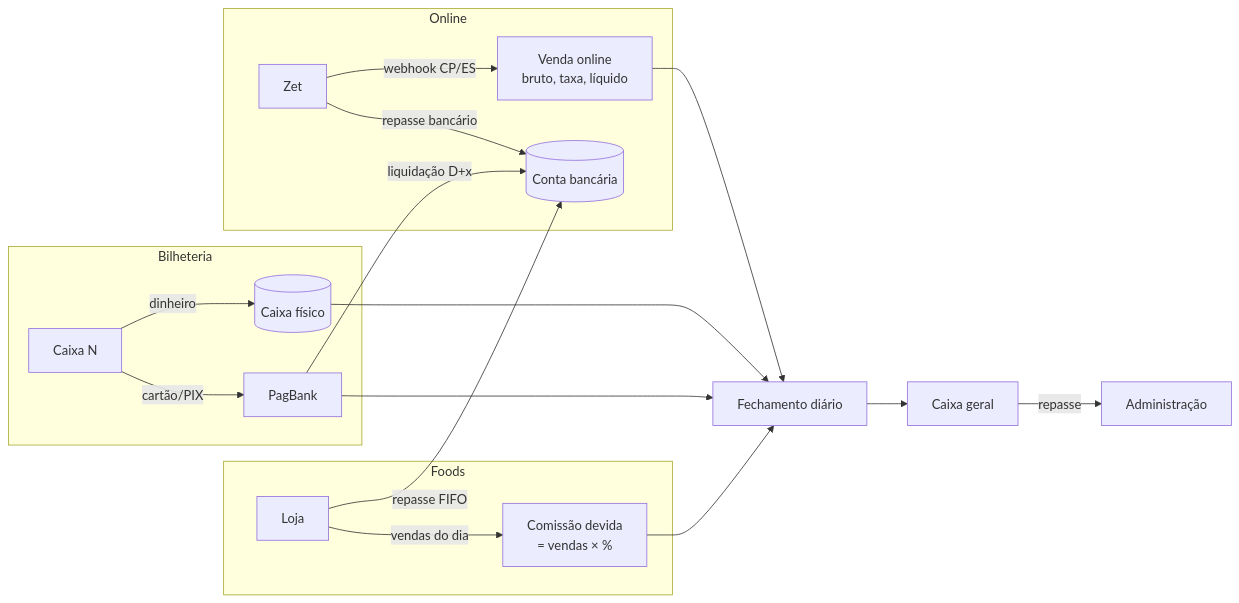
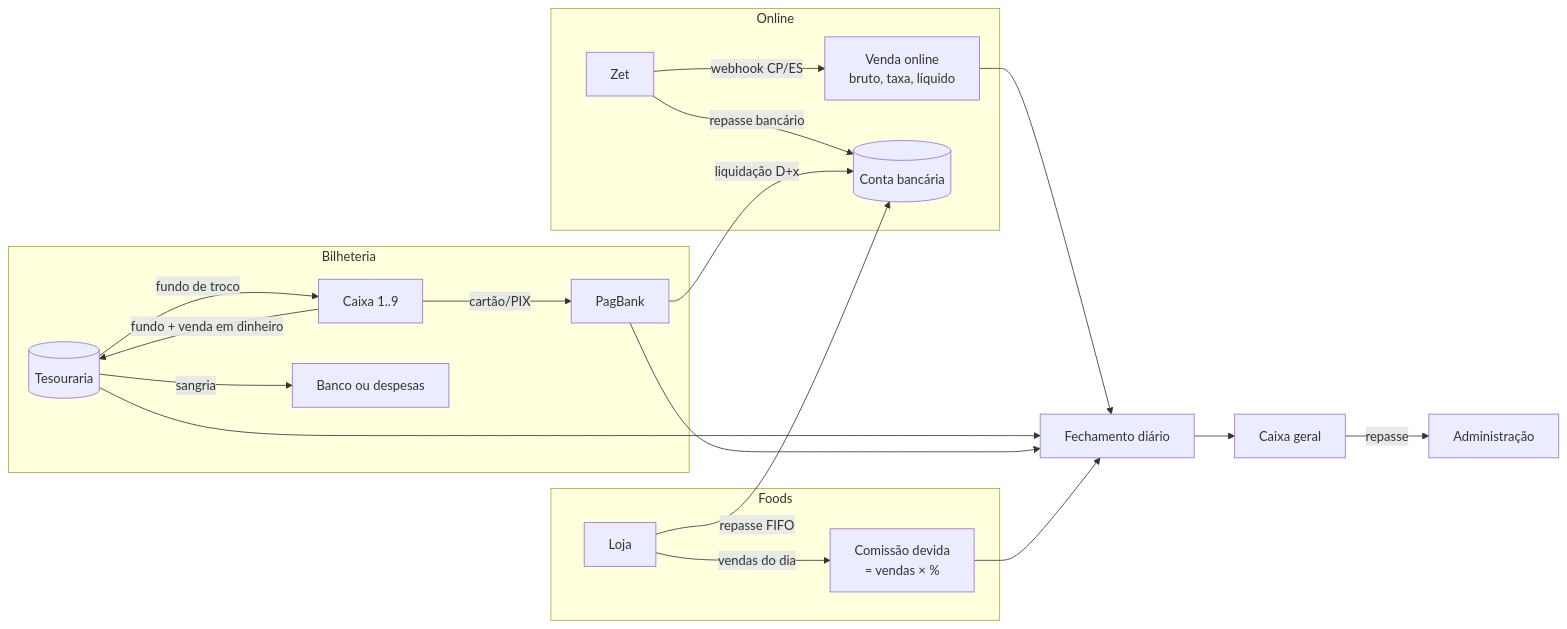
One commit to rcarvalhocwb/Novo-ruai changed the first of 2 diagrams in docs/analise-iluminadarua2025/01-LOGICA-DE-NEGOCIO.md. Above: the diagram before and after it, drawn with Mermaid. The commit also changed other lines of this file and 4 other files, not shown here.

````diff
--- a/docs/analise-iluminadarua2025/01-LOGICA-DE-NEGOCIO.md
+++ b/docs/analise-iluminadarua2025/01-LOGICA-DE-NEGOCIO.md
@@ -29,20 +33,22 @@
 ```mermaid
 flowchart LR
   subgraph Online
     Z[Zet] -- webhook CP/ES --> V[Venda online<br/>bruto, taxa, líquido]
     Z -- repasse bancário --> B[(Conta bancária)]
   end
   subgraph Bilheteria
-    C1[Caixa N] -- dinheiro --> CX[(Caixa físico)]
+    T[(Tesouraria)] -- fundo de troco --> C1[Caixa 1..9]
+    C1 -- fundo + venda em dinheiro --> T
+    T -- sangria --> B2[Banco ou despesas]
     C1 -- cartão/PIX --> PB[PagBank] -- liquidação D+x --> B
   end
   subgraph Foods
     L[Loja] -- vendas do dia --> CM[Comissão devida<br/>= vendas × %]
     L -- repasse FIFO --> B
   end
   V --> FD[Fechamento diário]
-  CX --> FD
+  T --> FD
   PB --> FD
   CM --> FD
   FD --> CG[Caixa geral] -- repasse --> ADM[Administração]
 ```
````
